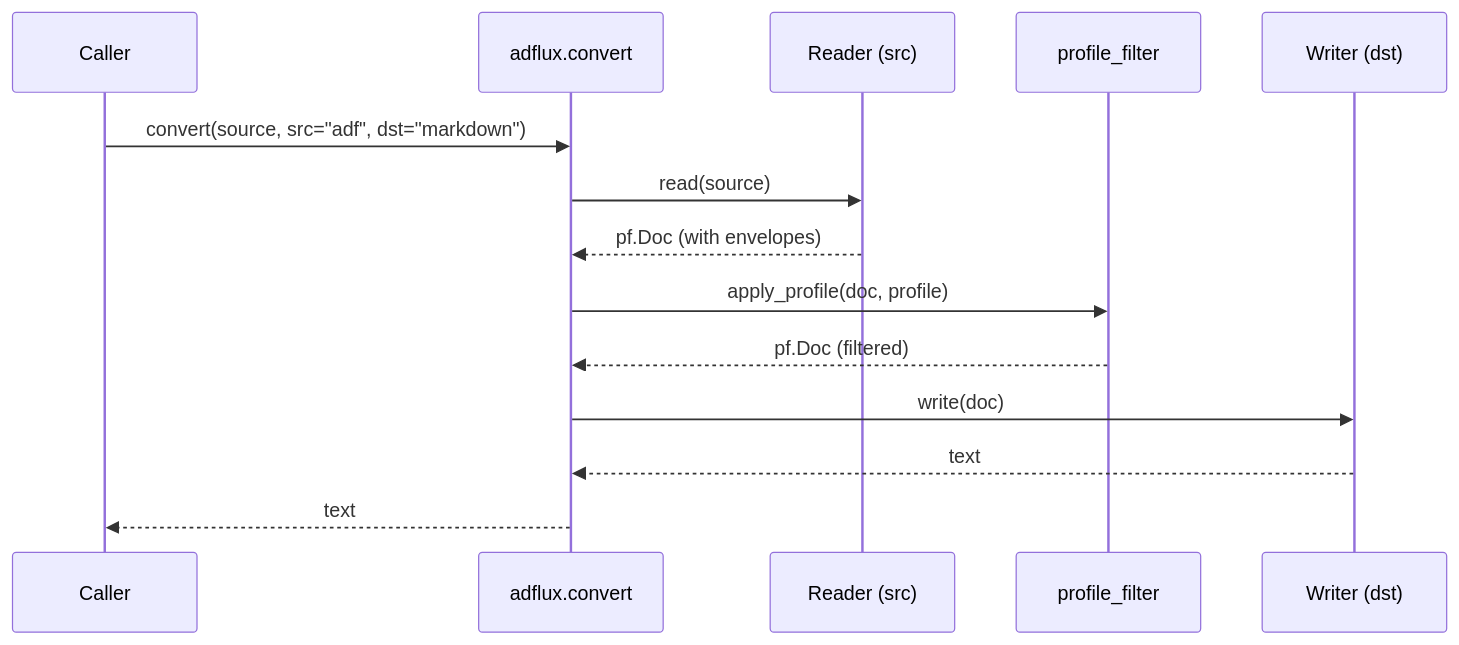
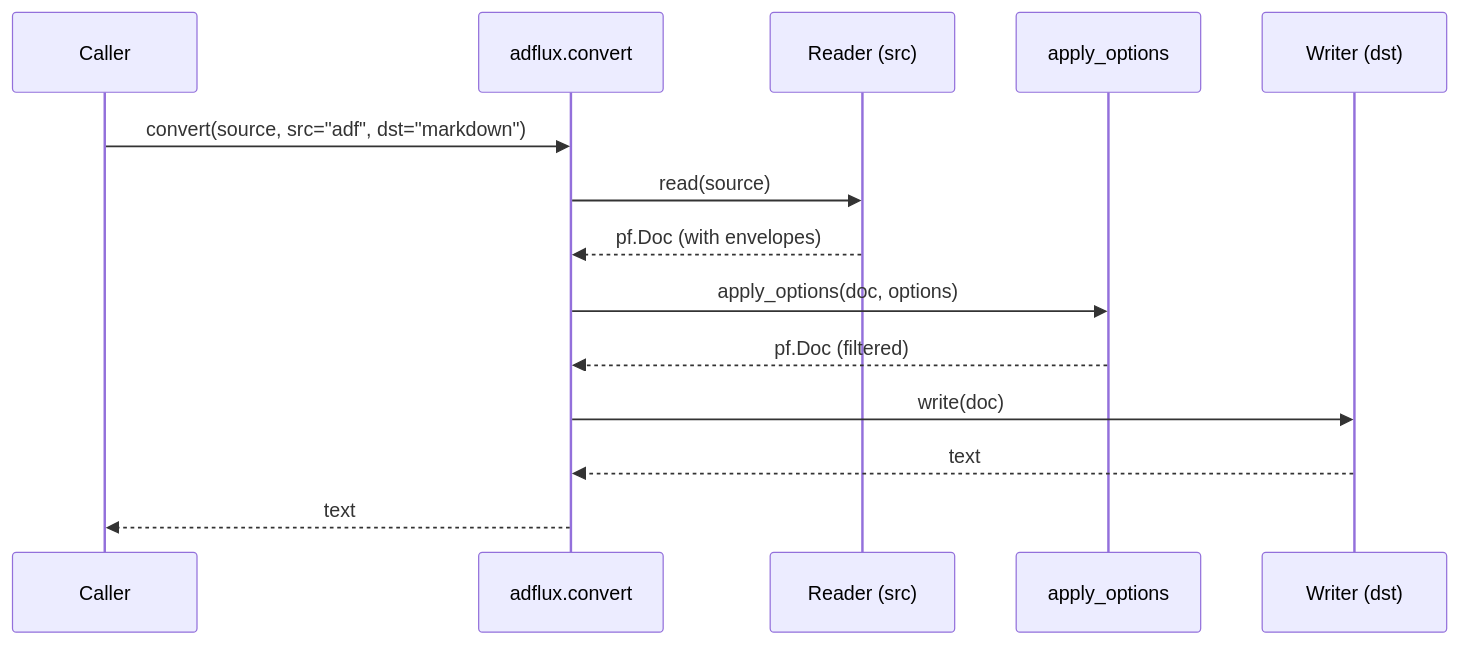
The third of 3 diagrams in docs/design.md (mikejhill/adflux), drawn with Mermaid before and after one commit. The commit also changed other lines of this file and 40 other files, not shown here.

````diff
--- a/docs/design.md
+++ b/docs/design.md
@@ -136,17 +137,17 @@
 ```mermaid
 sequenceDiagram
   participant U as Caller
   participant API as adflux.convert
   participant R as Reader (src)
-  participant F as profile_filter
+  participant F as apply_options
   participant W as Writer (dst)
 
   U->>API: convert(source, src="adf", dst="markdown")
   API->>R: read(source)
   R-->>API: pf.Doc (with envelopes)
-  API->>F: apply_profile(doc, profile)
+  API->>F: apply_options(doc, options)
   F-->>API: pf.Doc (filtered)
   API->>W: write(doc)
   W-->>API: text
   API-->>U: text
 ```
````
